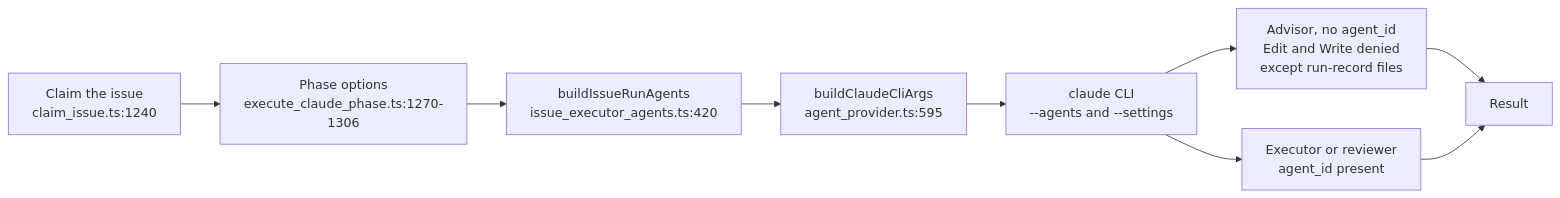
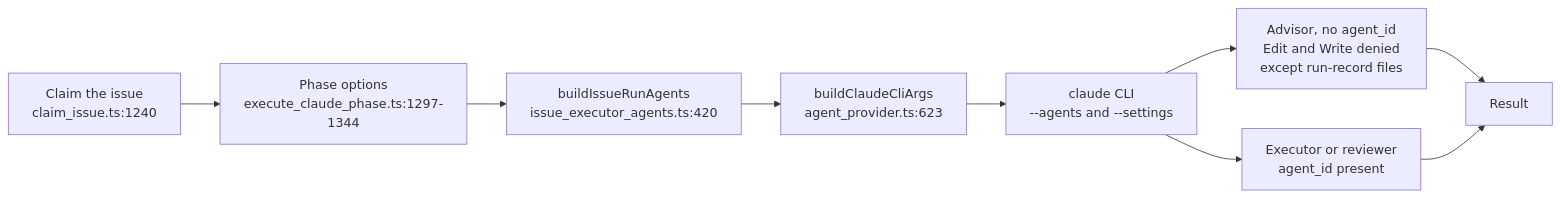
The first of 3 diagrams in docs/MANAGER-WORKER-CONTRACT.md (stSoftwareAU/VibeCoder), drawn with Mermaid before and after one commit. The commit also changed other lines of this file and 19 other files, not shown here.

````diff
--- a/docs/MANAGER-WORKER-CONTRACT.md
+++ b/docs/MANAGER-WORKER-CONTRACT.md
@@ -233,11 +241,11 @@
 ```mermaid
 flowchart LR
-  A["Claim the issue<br/>claim_issue.ts:1240"] --> B["Phase options<br/>execute_claude_phase.ts:1270-1306"]
+  A["Claim the issue<br/>claim_issue.ts:1240"] --> B["Phase options<br/>execute_claude_phase.ts:1297-1344"]
   B --> C["buildIssueRunAgents<br/>issue_executor_agents.ts:420"]
-  C --> D["buildClaudeCliArgs<br/>agent_provider.ts:595"]
+  C --> D["buildClaudeCliArgs<br/>agent_provider.ts:623"]
   D --> E["claude CLI<br/>--agents and --settings"]
   E --> F["Advisor, no agent_id<br/>Edit and Write denied<br/>except run-record files"]
   E --> G["Executor or reviewer<br/>agent_id present"]
   F --> H["Result"]
   G --> H
 ```
````
